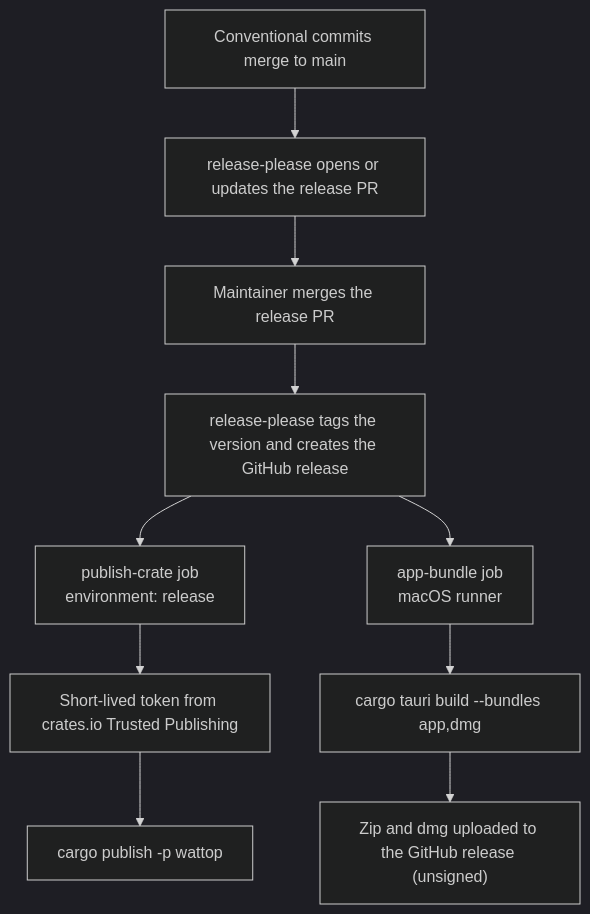
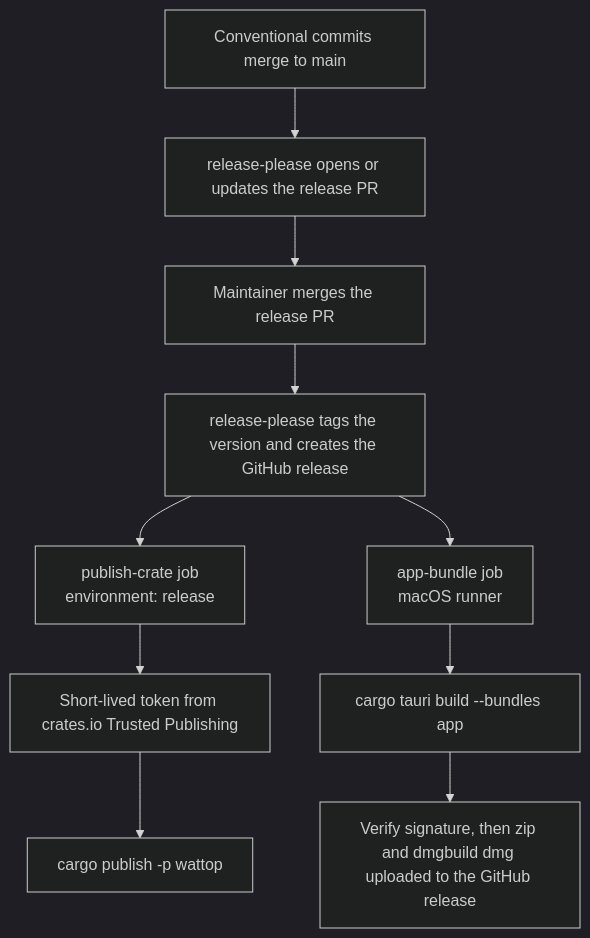
Before and after one commit to tupe12334/wattop: the diagram in docs/releasing.md, drawn with Mermaid (dark theme). The commit also changed other lines of this file and 6 other files, not shown here.

First line of the commit message:
fix: seal app bundle with ad-hoc signature, laid-out dmg

````diff
--- a/docs/releasing.md
+++ b/docs/releasing.md
@@ -9,12 +9,12 @@
 ```mermaid
 flowchart TD
     A["Conventional commits merge to main"] --> B["release-please opens or updates the release PR"]
     B --> C["Maintainer merges the release PR"]
     C --> D["release-please tags the version and creates the GitHub release"]
     D --> E["publish-crate job<br/>environment: release"]
     D --> F["app-bundle job<br/>macOS runner"]
     E --> G["Short-lived token from crates.io Trusted Publishing"]
     G --> H["cargo publish -p wattop"]
-    F --> I["cargo tauri build --bundles app,dmg"]
-    I --> J["Zip and dmg uploaded to the GitHub release (unsigned)"]
+    F --> I["cargo tauri build --bundles app"]
+    I --> J["Verify signature, then zip and dmgbuild dmg uploaded to the GitHub release"]
 ```
````
